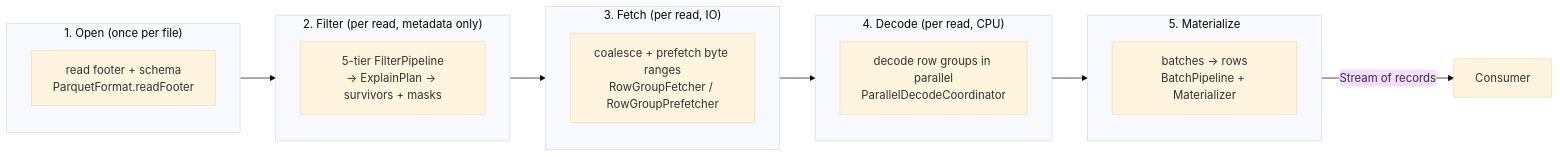
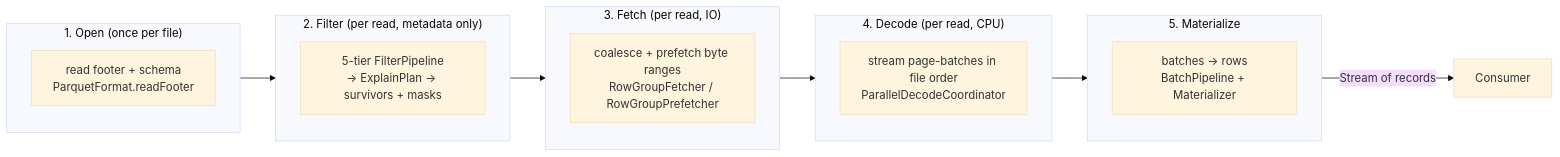
The second of 7 diagrams in docs/read-path.md (tileverse-io/parquetry), drawn with Mermaid (base theme) before and after one commit. The commit also changed other lines of this file and 47 other files, not shown here.

First line of the commit message:
add streaming page-batch decode with a heap decode budget

````diff
--- a/docs/read-path.md
+++ b/docs/read-path.md
@@ -45,21 +45,21 @@
 ```mermaid
 flowchart LR
     subgraph open["1. Open (once per file)"]
         footer["read footer + schema<br/>ParquetFormat.readFooter"]
     end
     subgraph filter["2. Filter (per read, metadata only)"]
         pipe["5-tier FilterPipeline<br/>-> ExplainPlan -> survivors + masks"]
     end
     subgraph fetch["3. Fetch (per read, IO)"]
         pre["coalesce + prefetch byte ranges<br/>RowGroupFetcher / RowGroupPrefetcher"]
     end
     subgraph decode["4. Decode (per read, CPU)"]
-        dec["decode row groups in parallel<br/>ParallelDecodeCoordinator"]
+        dec["stream page-batches in file order<br/>ParallelDecodeCoordinator"]
     end
     subgraph mat["5. Materialize"]
         out["batches -> rows<br/>BatchPipeline + Materializer"]
     end
 
     open --> filter --> fetch --> decode --> mat
     mat -->|"Stream of records"| consumer["Consumer"]
 ```
````
